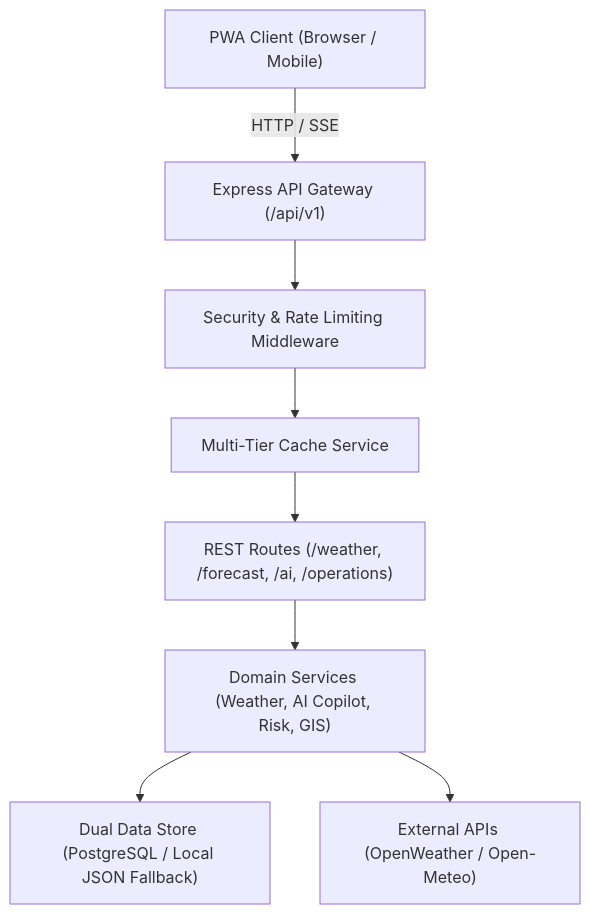
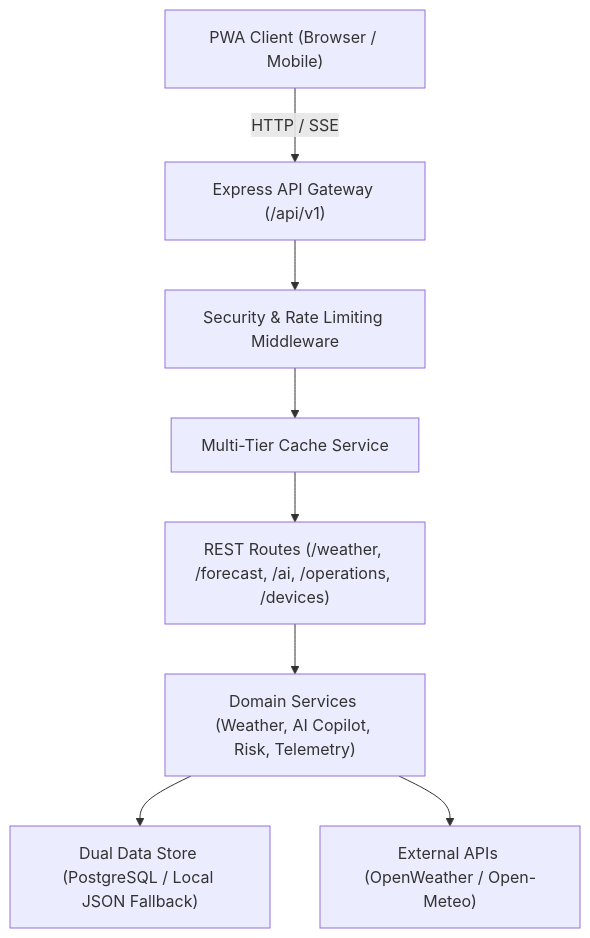
One commit to chiranjeebsatapathy123-sudo/weather-dashboard changed the diagram in README.md. Above: the diagram before and after it, drawn with Mermaid. The commit also changed other lines of this file, not shown here.

Commit message:
docs: update README with v17 service worker, 31 tests, pro features, and IoT telemetry

````diff
--- a/README.md
+++ b/README.md
@@ -37,10 +47,10 @@
 ```mermaid
 graph TD
     Client["PWA Client (Browser / Mobile)"] --> |HTTP / SSE| Gateway["Express API Gateway (/api/v1)"]
     Gateway --> Security["Security & Rate Limiting Middleware"]
     Security --> Cache["Multi-Tier Cache Service"]
-    Cache --> Routes["REST Routes (/weather, /forecast, /ai, /operations)"]
-    Routes --> Services["Domain Services (Weather, AI Copilot, Risk, GIS)"]
+    Cache --> Routes["REST Routes (/weather, /forecast, /ai, /operations, /devices)"]
+    Routes --> Services["Domain Services (Weather, AI Copilot, Risk, Telemetry)"]
     Services --> DB["Dual Data Store (PostgreSQL / Local JSON Fallback)"]
-    Services --> OpenWeather["External APIs (OpenWeather / Open-Meteo)"]
+    Services --> External["External APIs (OpenWeather / Open-Meteo)"]
 ```
````
